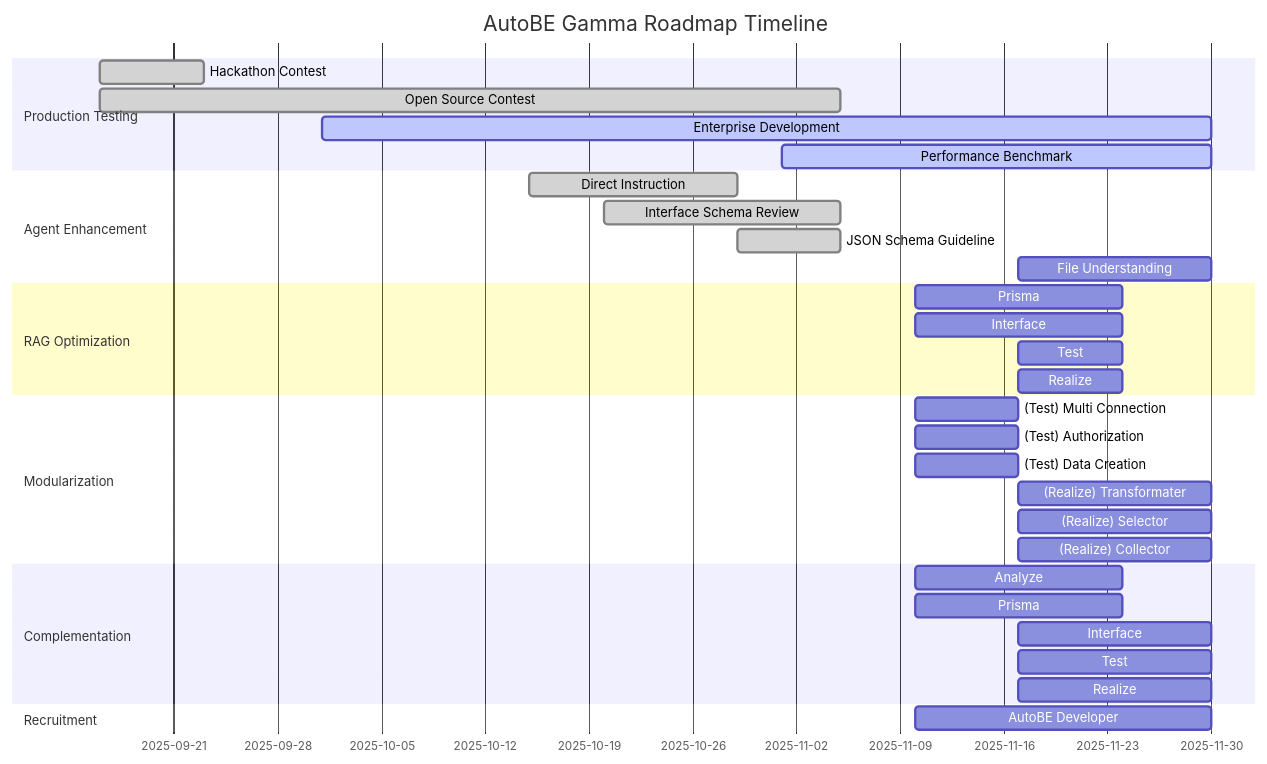
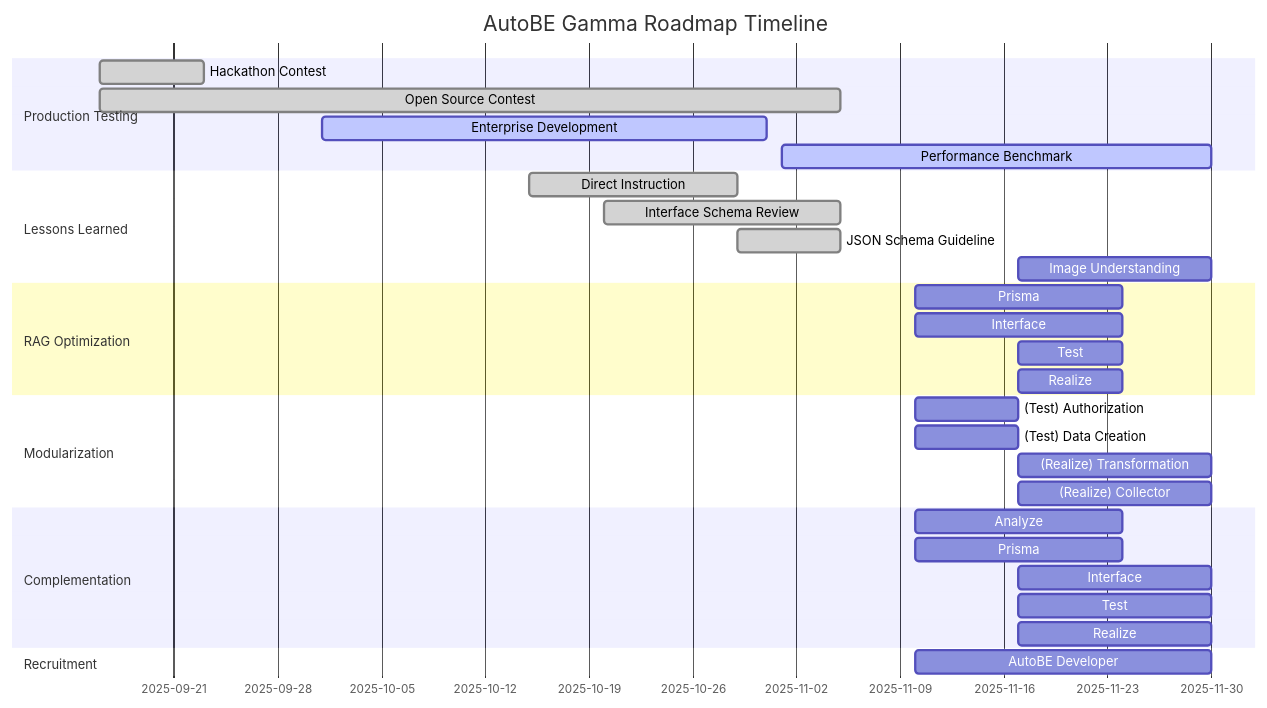
The diagram in website/src/content/docs/roadmap/gamma.mdx (wrtnlabs/autobe), drawn with Mermaid before and after one commit. The commit also changed other lines of this file, not shown here.

````diff
--- a/website/src/content/docs/roadmap/gamma.mdx
+++ b/website/src/content/docs/roadmap/gamma.mdx
@@ -9,41 +9,39 @@
 ```mermaid
 gantt
   dateFormat YYYY-MM-DD
   title AutoBE Gamma Roadmap Timeline
 
   section Production Testing
   Hackathon Contest     : done  , 2025-09-16,  7d
   Open Source Contest   : done  , 2025-09-16, 50d
-  Enterprise Development: active, 2025-10-01, 60d
+  Enterprise Development: active, 2025-10-01, 30d
   Performance Benchmark : active, 2025-11-01, 29d
   
-  section Agent Enhancement
+  section Lessons Learned
   Direct Instruction     : done,    2025-10-15, 14d
   Interface Schema Review: done,    2025-10-20, 16d
   JSON Schema Guideline  : done,    2025-10-29,  7d
-  File Understanding     : planned, 2025-11-17, 13d
+  Image Understanding     : planned, 2025-11-17, 13d
 
   section RAG Optimization
   Prisma   : planned, 2025-11-10, 14d
   Interface: planned, 2025-11-10, 14d
   Test     : planned, 2025-11-17,  7d
   Realize  : planned, 2025-11-17,  7d
 
   section Modularization
-  (Test) Multi Connection: planned, 2025-11-10,  7d
   (Test) Authorization   : planned, 2025-11-10,  7d
   (Test) Data Creation   : planned, 2025-11-10,  7d
-  (Realize) Transformater: planned, 2025-11-17, 13d
-  (Realize) Selector     : planned, 2025-11-17, 13d
+  (Realize) Transformation: planned, 2025-11-17, 13d
   (Realize) Collector    : planned, 2025-11-17, 13d
 
   section Complementation
   Analyze  : planned, 2025-11-10, 14d
   Prisma   : planned, 2025-11-10, 14d
   Interface: planned, 2025-11-17, 13d
   Test     : planned, 2025-11-17, 13d
   Realize  : planned, 2025-11-17, 13d
 
   section Recruitment
   AutoBE Developer: planned, 2025-11-10, 20d
 ```
````
